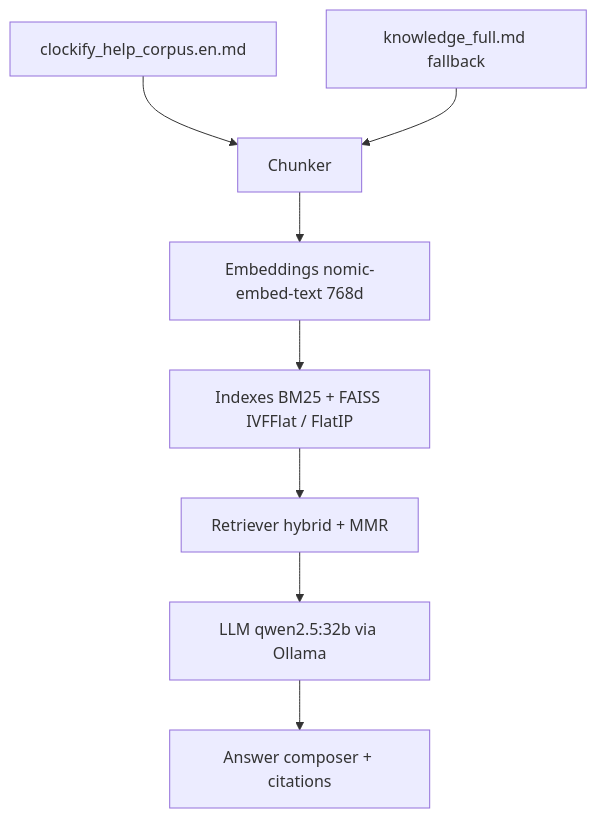
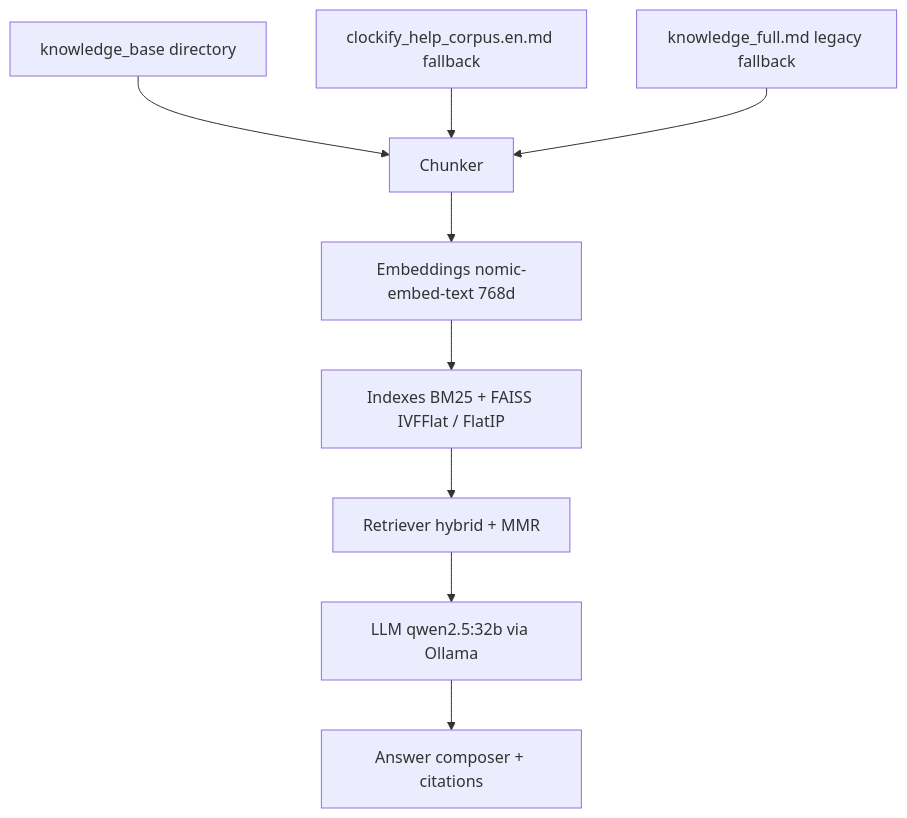
One commit to apet97/1rag changed the diagram in README.md. Above: the diagram before and after it, drawn with Mermaid. The commit also changed other lines of this file and 19 other files, not shown here.

Commit message:
Switch default ingestion to knowledge_base and add KB tests

````diff
--- a/README.md
+++ b/README.md
@@ -43,10 +43,11 @@
 ```mermaid
 flowchart TD
-    A[clockify_help_corpus.en.md] --> B[Chunker]
-    A2[knowledge_full.md fallback] --> B
+    A[knowledge_base directory] --> B[Chunker]
+    A2[clockify_help_corpus.en.md fallback] --> B
+    A3[knowledge_full.md legacy fallback] --> B
     B --> C[Embeddings nomic-embed-text 768d]
     C --> D[Indexes BM25 + FAISS IVFFlat / FlatIP]
     D --> E[Retriever hybrid + MMR]
     E --> F[LLM qwen2.5:32b via Ollama]
     F --> G[Answer composer + citations]
 ```
````
